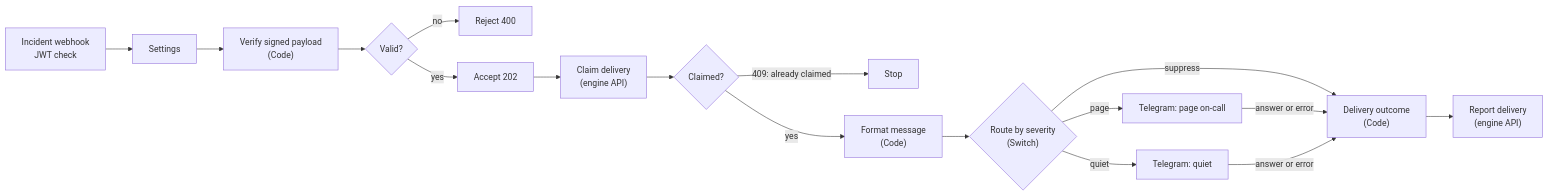
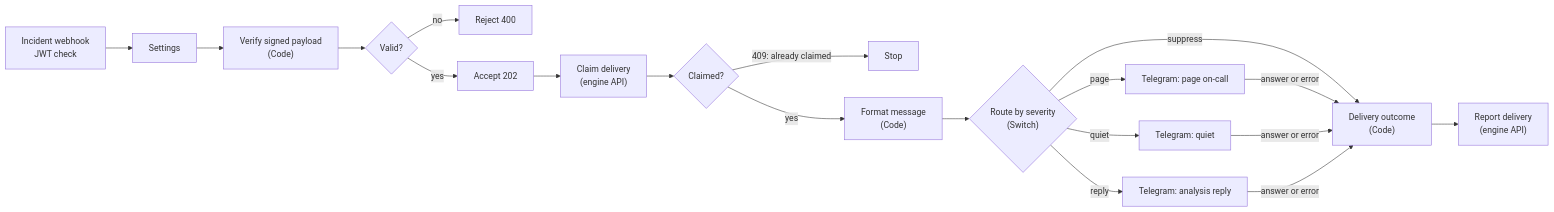
Before and after one commit to ali-fakhrabadi/aiops-n8n-incident-engine: the second of 2 diagrams in README.md, drawn with Mermaid. The commit also changed other lines of this file and 4 other files, not shown here.

````diff
--- a/README.md
+++ b/README.md
@@ -227,12 +236,13 @@
 ```mermaid
 flowchart LR
     wh["Incident webhook<br/>JWT check"] --> st["Settings"] --> vf["Verify signed payload<br/>(Code)"] --> ok{"Valid?"}
     ok -->|no| rj["Reject 400"]
     ok -->|yes| ac["Accept 202"] --> cl["Claim delivery<br/>(engine API)"] --> cd{"Claimed?"}
     cd -->|"409: already claimed"| stop["Stop"]
     cd -->|yes| fm["Format message<br/>(Code)"] --> sw{"Route by severity<br/>(Switch)"}
     sw -->|page| tp["Telegram: page on-call"]
     sw -->|quiet| tq["Telegram: quiet"]
+    sw -->|reply| tr["Telegram: analysis reply"]
     sw -->|suppress| out
-    tp & tq -->|answer or error| out["Delivery outcome<br/>(Code)"] --> rp["Report delivery<br/>(engine API)"]
+    tp & tq & tr -->|answer or error| out["Delivery outcome<br/>(Code)"] --> rp["Report delivery<br/>(engine API)"]
 ```
````
